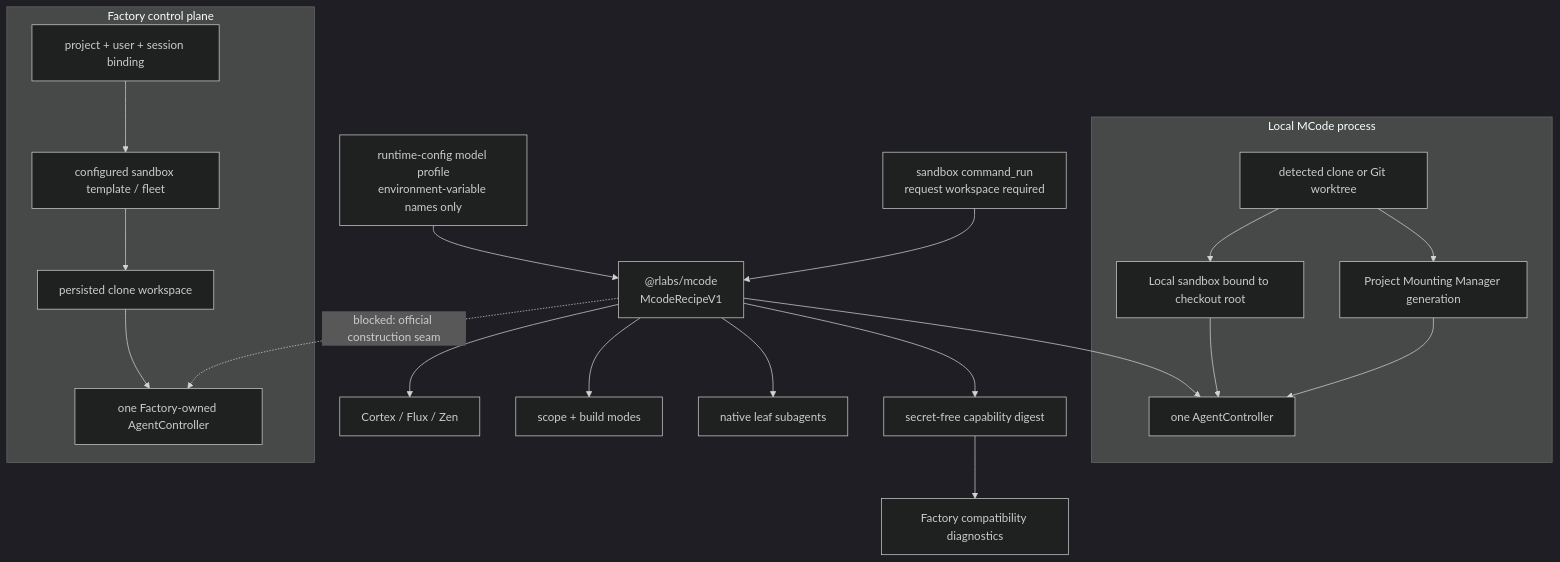
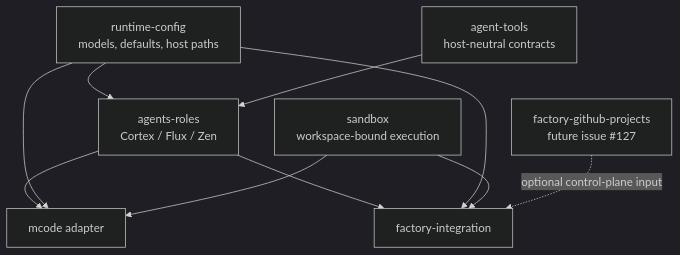
Before and after one commit to rlabs88/mastra-toolkit: the diagram in docs/mcode-factory-compatibility.md, drawn with Mermaid (dark theme). The commit also changed other lines of this file and 28 other files, not shown here.

Commit message:
refactor: isolate host runtime boundaries

````diff
--- a/docs/mcode-factory-compatibility.md
+++ b/docs/mcode-factory-compatibility.md
@@ -7,38 +5,20 @@
 ```mermaid
 flowchart TB
-  Profile["runtime-config model profile<br/>environment-variable names only"]
-  Tool["sandbox command_run<br/>request workspace required"]
-  Recipe["@rlabs/mcode<br/>McodeRecipeV1"]
+  Config["runtime-config<br/>models, defaults, host paths"]
+  Tools["agent-tools<br/>host-neutral contracts"]
+  Roles["agents-roles<br/>Cortex / Flux / Zen"]
+  Sandbox["sandbox<br/>workspace-bound execution"]
+  MCode["mcode adapter"]
+  Factory["factory-integration"]
+  Projects["factory-github-projects<br/>future issue #127"]
 
-  Profile --> Recipe
-  Tool --> Recipe
-  Recipe --> Agents["Cortex / Flux / Zen"]
-  Recipe --> Modes["scope + build modes"]
-  Recipe --> Leaves["native leaf subagents"]
-  Recipe --> Descriptor["secret-free capability digest"]
-
-  subgraph Local["Local MCode process"]
-    Checkout["detected clone or Git worktree"]
-    LocalSandbox["Local sandbox bound to checkout root"]
-    LocalController["one AgentController"]
-    PMM["Project Mounting Manager generation"]
-    Checkout --> LocalSandbox
-    LocalSandbox --> LocalController
-    Checkout --> PMM
-    PMM --> LocalController
-  end
-
-  subgraph Factory["Factory control plane"]
-    FactoryController["one Factory-owned AgentController"]
-    Binding["project + user + session binding"]
-    Fleet["configured sandbox template / fleet"]
-    Clone["persisted clone workspace"]
-    Binding --> Fleet
-    Fleet --> Clone
-    Clone --> FactoryController
-  end
-
-  Recipe --> LocalController
-  Recipe -. "blocked: official construction seam" .-> FactoryController
-  Descriptor --> FactoryDiagnostics["Factory compatibility diagnostics"]
+  Config --> Roles
+  Tools --> Roles
+  Roles --> MCode
+  Roles --> Factory
+  Config --> MCode
+  Config --> Factory
+  Sandbox --> MCode
+  Sandbox --> Factory
+  Projects -. "optional control-plane input" .-> Factory
 ```
````
